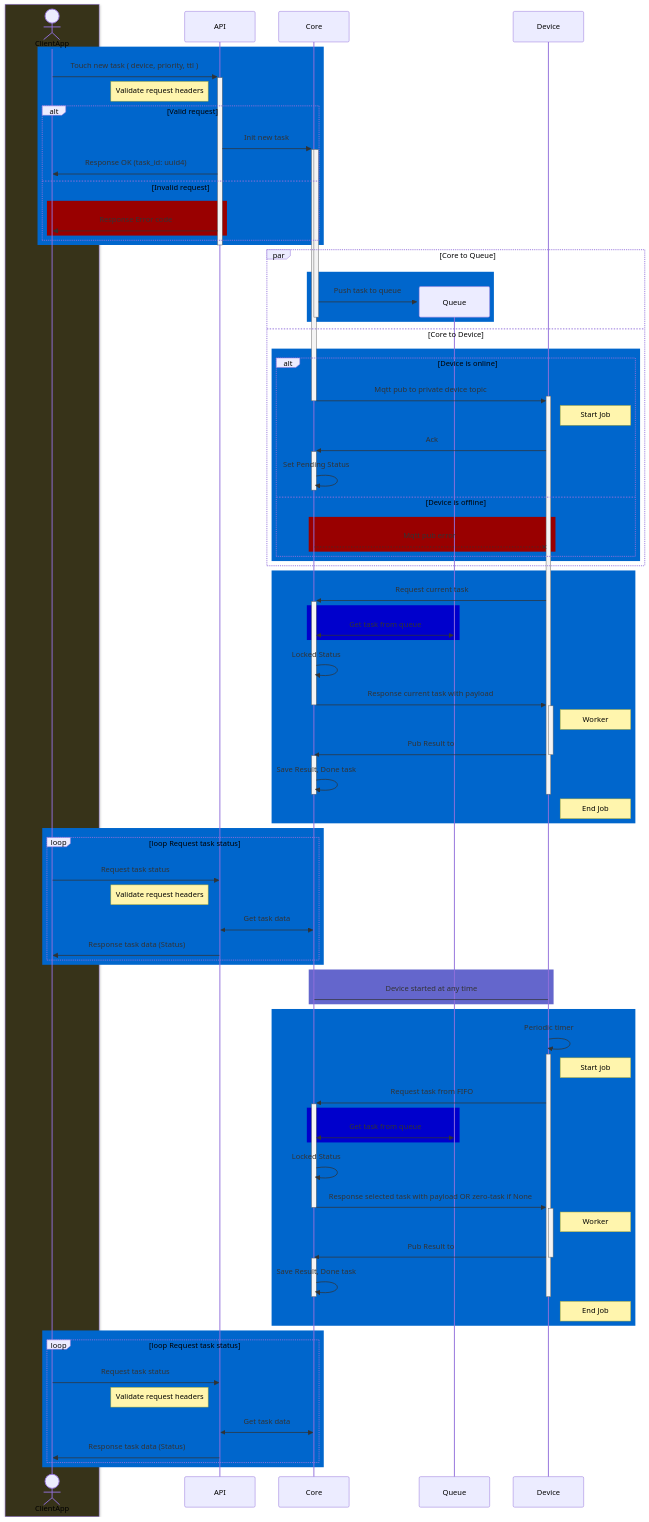
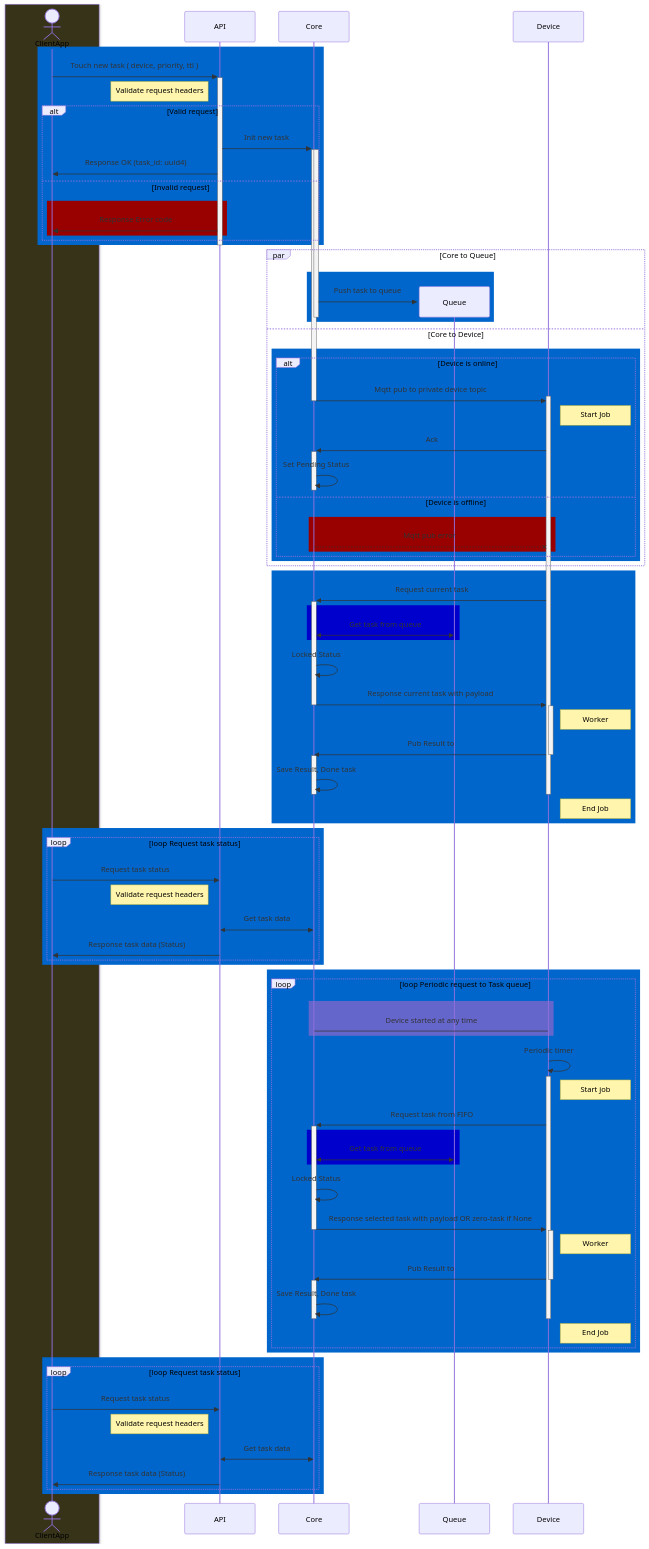
One commit to OlegLebedevRU/iot-rpc-rest-app changed the diagram in README.md. Above: the diagram before and after it, drawn with Mermaid.

Commit message:
readme diag v0.5

````diff
--- a/README.md
+++ b/README.md
@@ -143,10 +143,12 @@
     API->>ClientApp: Response task data (Status)
     end
     end
+    rect rgb(0, 102, 204)
+    Loop loop Periodic request to Task queue
     rect rgb(100, 102, 204)
     Core->Device:Device started at any time
     end
-    rect rgb(0, 102, 204)
+    
     
     Device->>+Device: Periodic timer
     Note right of Device: Start job
@@ -165,6 +167,7 @@
     deactivate Core
     Note right of Device: End Job
     end
+    end
     rect rgb(0, 102, 204)
     Loop loop Request task status
    
@@ -174,9 +177,5 @@
     API->>ClientApp: Response task data (Status)
     end
     end
-
-    
-
-    
     
 ```
````
